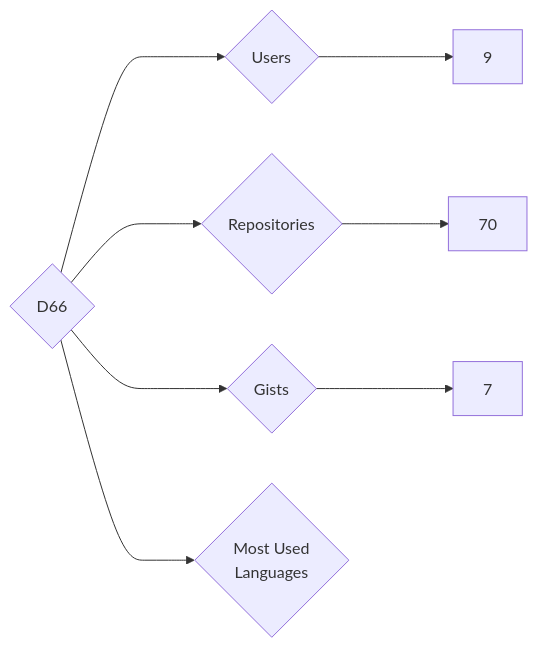
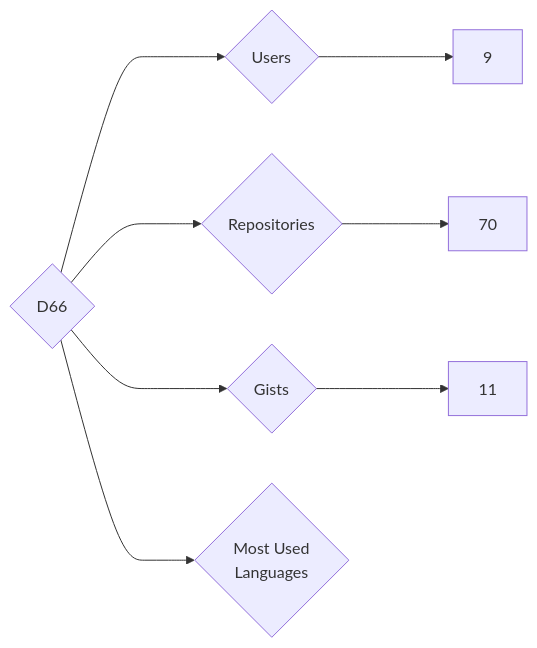
The diagram in targets/D66/README.md (nenadzaric/insiders), drawn with Mermaid before and after one commit. The commit also changed 1342 other files, not shown here.

````diff
--- a/targets/D66/README.md
+++ b/targets/D66/README.md
@@ -3,8 +3,8 @@
 ```mermaid
 graph LR
 COMPANY_NAME{D66}
 COMPANY_NAME ---> U{Users} ---> UN[9]
 COMPANY_NAME ---> R{Repositories} ---> RN[70]
-COMPANY_NAME ---> G{Gists} ---> GN[7]
+COMPANY_NAME ---> G{Gists} ---> GN[11]
 COMPANY_NAME ---> ML{Most Used<br>Languages}
 ```
````
